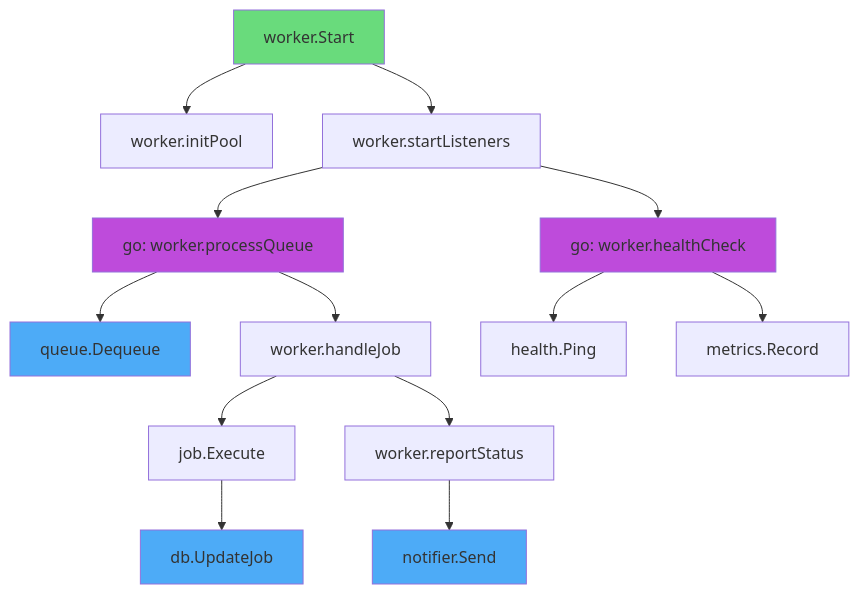
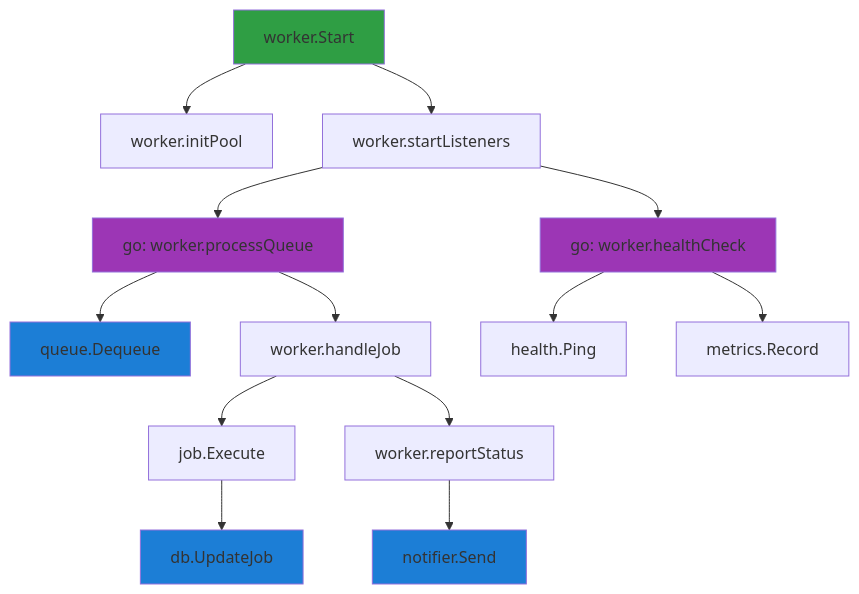
The third of 4 diagrams in examples/call-graph.md (selimabeniacar/gemini-skills), drawn with Mermaid before and after one commit. The commit also changed other lines of this file and 6 other files, not shown here.

Commit message:
Add /flow skill for generating flow diagrams

````diff
--- a/examples/call-graph.md
+++ b/examples/call-graph.md
@@ -156,26 +156,26 @@
 ```mermaid
 flowchart TD
     A[worker.Start] --> B[worker.initPool]
     A --> C[worker.startListeners]
 
     C --> D[go: worker.processQueue]
     C --> E[go: worker.healthCheck]
 
     D --> F[queue.Dequeue]
     D --> G[worker.handleJob]
     G --> H[job.Execute]
     G --> I[worker.reportStatus]
 
     E --> J[health.Ping]
     E --> K[metrics.Record]
 
     H --> L[db.UpdateJob]
     I --> M[notifier.Send]
 
-    style A fill:#69db7c
-    style D fill:#be4bdb
-    style E fill:#be4bdb
-    style F fill:#4dabf7
-    style L fill:#4dabf7
-    style M fill:#4dabf7
+    style A fill:#2f9e44
+    style D fill:#9c36b5
+    style E fill:#9c36b5
+    style F fill:#1c7ed6
+    style L fill:#1c7ed6
+    style M fill:#1c7ed6
 ```
````
